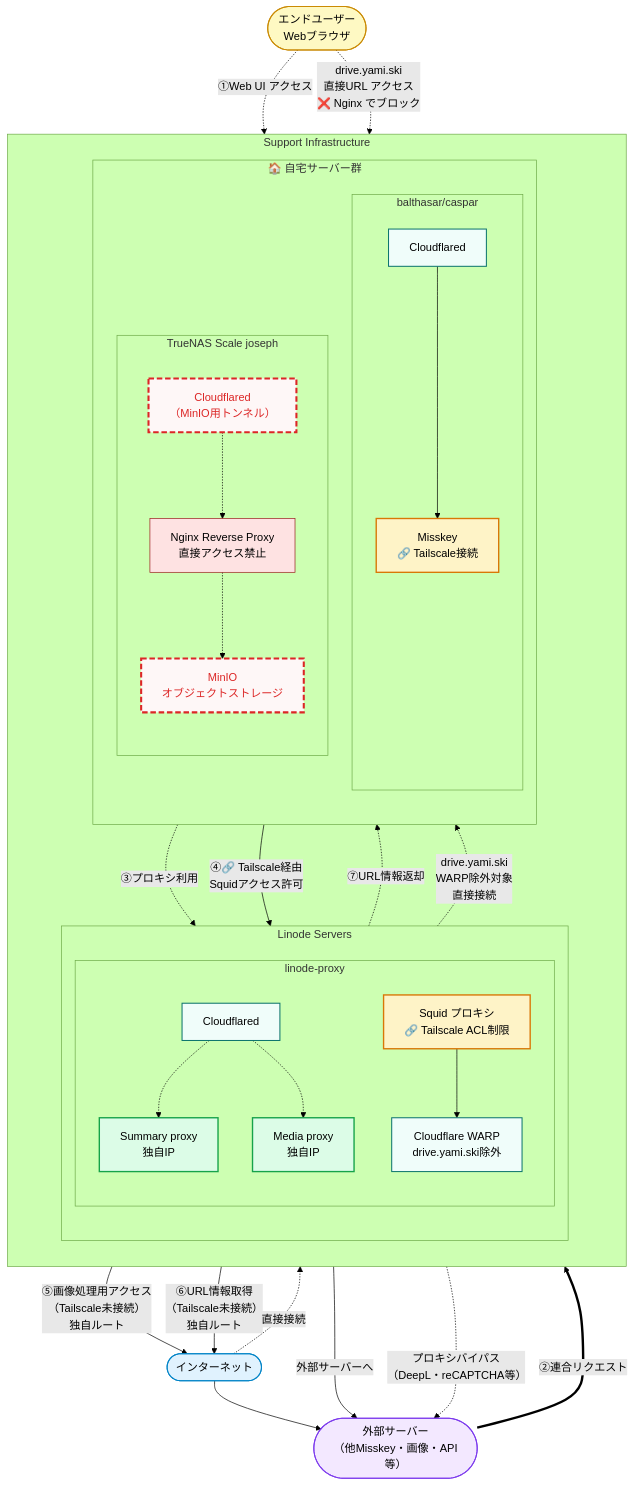
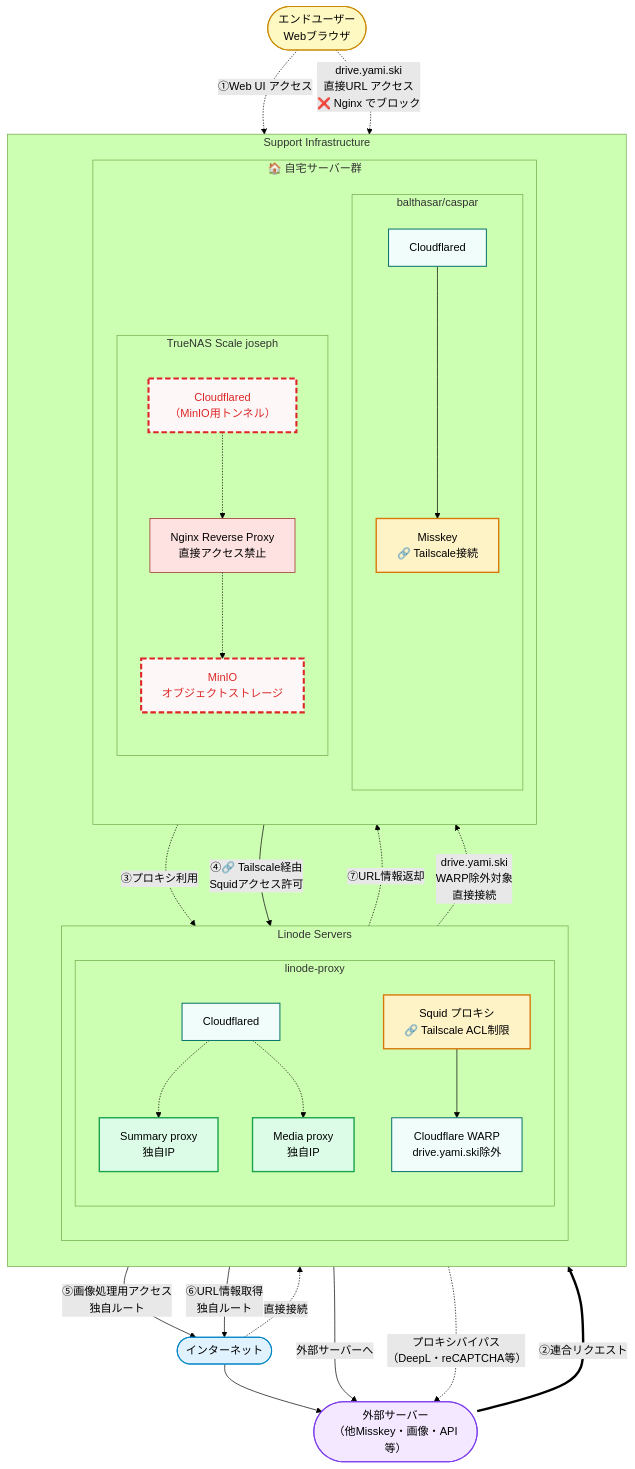
The fifth of 5 diagrams in README.md (yamisskey-dev/hosted-list), drawn with Mermaid (forest theme) before and after one commit.

```diff
--- a/README.md
+++ b/README.md
@@ -512,8 +512,8 @@
 nginx_minio -.-> minio
 
 %% === MediaProxy・SummaryProxyは独自ルート（Tailscale未接続） ===
-mediaproxy -->|"⑤画像処理用アクセス<br/>（Tailscale未接続）<br/>独自ルート"| internet
-summaryproxy -->|"⑥URL情報取得<br/>（Tailscale未接続）<br/>独自ルート"| internet
+mediaproxy -->|"⑤画像処理用アクセス<br/>独自ルート"| internet
+summaryproxy -->|"⑥URL情報取得<br/>独自ルート"| internet
 
 internet --> external_servers
 internet -.->|"直接接続"| cloudflared_home
```
